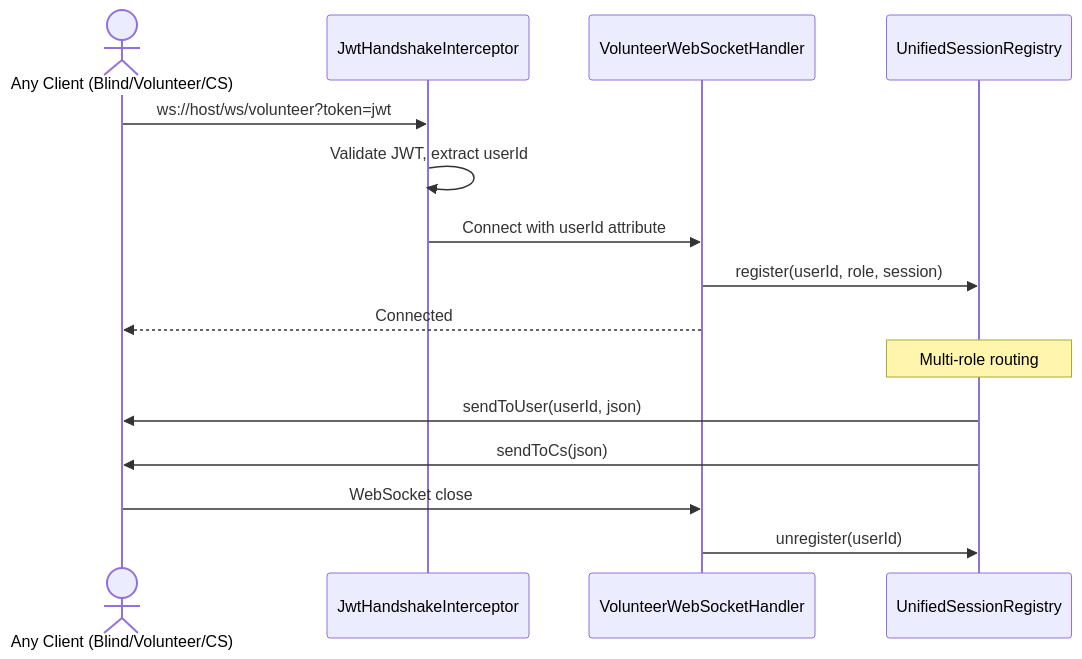
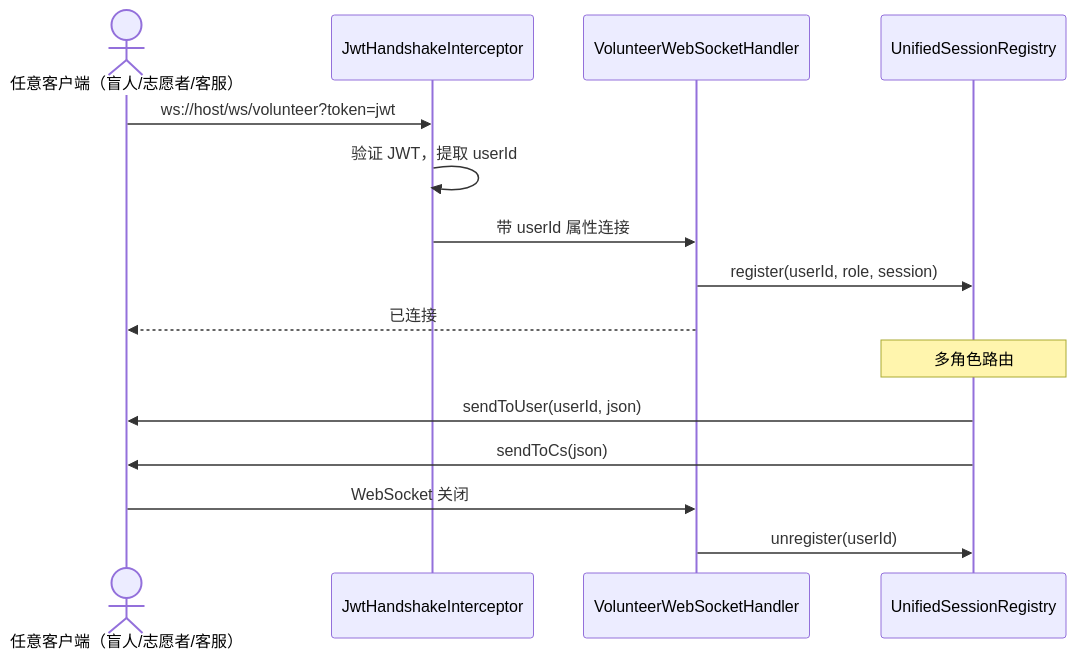
One commit to Jayden23018/blind-run-backend changed the ninth of 10 diagrams in docs/DIAGRAMS.md. Above: the diagram before and after it, drawn with Mermaid. The commit also changed other lines of this file and 122 other files, not shown here.

````diff
--- a/docs/DIAGRAMS.md
+++ b/docs/DIAGRAMS.md
@@ -463,20 +463,20 @@
 ```mermaid
 sequenceDiagram
-    actor Client as Any Client (Blind/Volunteer/CS)
+    actor Client as 任意客户端（盲人/志愿者/客服）
     participant Handshake as JwtHandshakeInterceptor
     participant Handler as VolunteerWebSocketHandler
     participant Registry as UnifiedSessionRegistry
 
     Client->>Handshake: ws://host/ws/volunteer?token=jwt
-    Handshake->>Handshake: Validate JWT, extract userId
-    Handshake->>Handler: Connect with userId attribute
+    Handshake->>Handshake: 验证 JWT，提取 userId
+    Handshake->>Handler: 带 userId 属性连接
     Handler->>Registry: register(userId, role, session)
-    Handler-->>Client: Connected
+    Handler-->>Client: 已连接
 
-    Note over Registry: Multi-role routing
+    Note over Registry: 多角色路由
     Registry->>Client: sendToUser(userId, json)
     Registry->>Client: sendToCs(json)
 
-    Client->>Handler: WebSocket close
+    Client->>Handler: WebSocket 关闭
     Handler->>Registry: unregister(userId)
 ```
````
